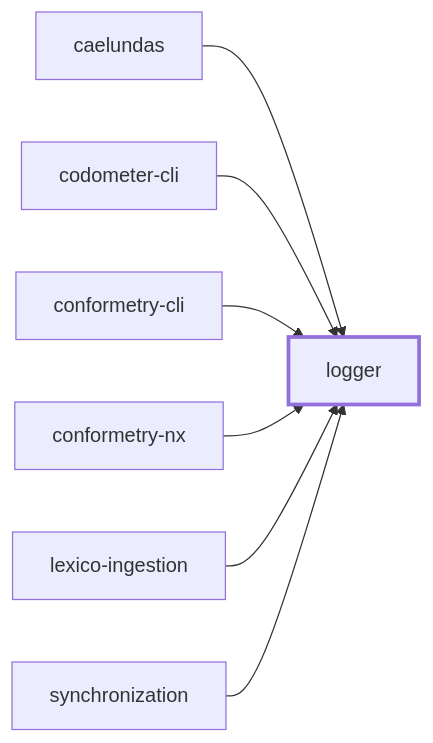
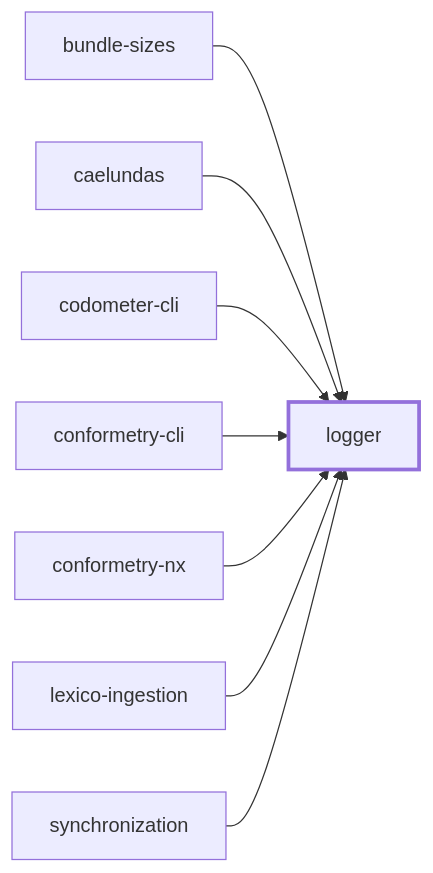
The first of 2 diagrams in packages/logger/README.md (JimmyPaolini/codebase), drawn with Mermaid before and after one commit. The commit also changed 50 other files, not shown here.

Commit message:
refactor(bundle-sizes): ♻️ move bundle size reporting out of codometer into a tool

````diff
--- a/packages/logger/README.md
+++ b/packages/logger/README.md
@@ -77,18 +77,20 @@
 ```mermaid
 flowchart LR
+  bundle_sizes["bundle-sizes"]
   caelundas["caelundas"]
   codometer_cli["codometer-cli"]
   conformetry_cli["conformetry-cli"]
   conformetry_nx["conformetry-nx"]
   lexico_ingestion["lexico-ingestion"]
   logger["logger"]
   synchronization["synchronization"]
+  bundle_sizes --> logger
   caelundas --> logger
   codometer_cli --> logger
   conformetry_cli --> logger
   conformetry_nx --> logger
   lexico_ingestion --> logger
   synchronization --> logger
   classDef subject stroke-width:3px
   class logger subject
 ```
````
